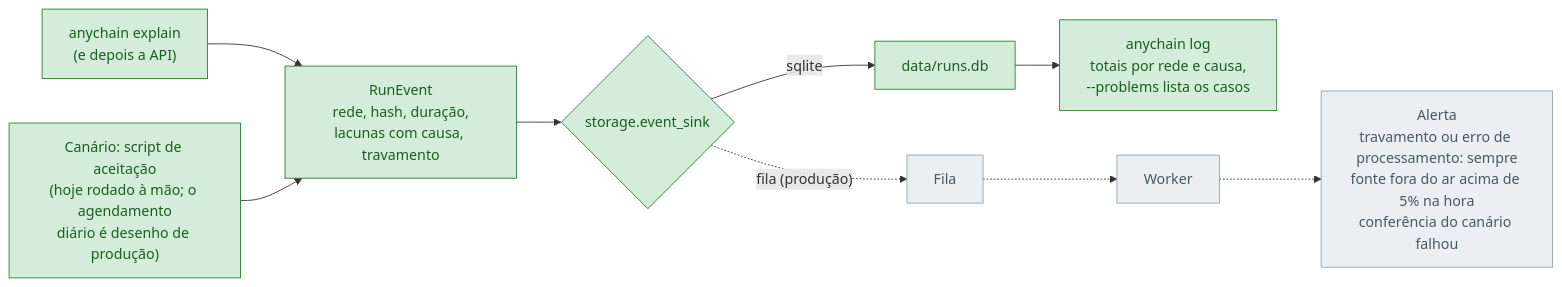
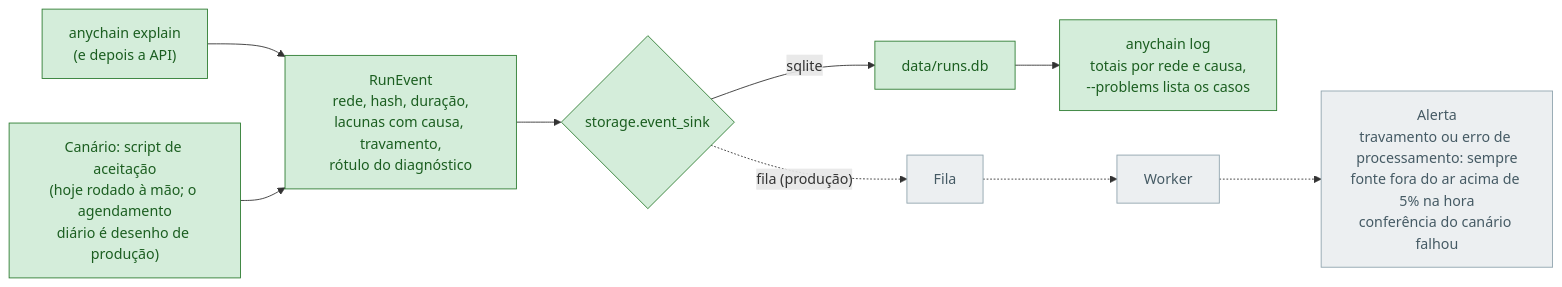
One commit to Ebaoj/anychain changed the fifth of 5 diagrams in docs/ARCHITECTURE.pt-BR.md. Above: the diagram before and after it, drawn with Mermaid. The commit also changed other lines of this file and 3 other files, not shown here.

Commit message:
PHASE2_5 T7: architecture docs, Phase 3 spec built on Phase 2.5, spec closed

````diff
--- a/docs/ARCHITECTURE.pt-BR.md
+++ b/docs/ARCHITECTURE.pt-BR.md
@@ -214,16 +236,16 @@
 ```mermaid
 flowchart LR
-    EX["anychain explain<br/>(e depois a API)"] --> EV["RunEvent<br/>rede, hash, duração,<br/>lacunas com causa, travamento"]
+    EX["anychain explain<br/>(e depois a API)"] --> EV["RunEvent<br/>rede, hash, duração,<br/>lacunas com causa, travamento,<br/>rótulo do diagnóstico"]
     CAN["Canário: script de aceitação<br/>(hoje rodado à mão; o agendamento<br/>diário é desenho de produção)"] --> EV
     EV --> SINK{"storage.event_sink"}
     SINK -->|sqlite| DBL["data/runs.db"]
     DBL --> Q["anychain log<br/>totais por rede e causa,<br/>--problems lista os casos"]
     SINK -.->|"fila (produção)"| QUEUE["Fila"]
     QUEUE -.-> W["Worker"]
     W -.-> AL["Alerta<br/>travamento ou erro de processamento: sempre<br/>fonte fora do ar acima de 5% na hora<br/>conferência do canário falhou"]
 
     classDef done fill:#d4edda,stroke:#2e7d32,color:#1b5e20
     classDef later fill:#eceff1,stroke:#90a4ae,color:#455a64
     class EX,EV,CAN,SINK,DBL,Q done
     class QUEUE,W,AL later
 ```
````
